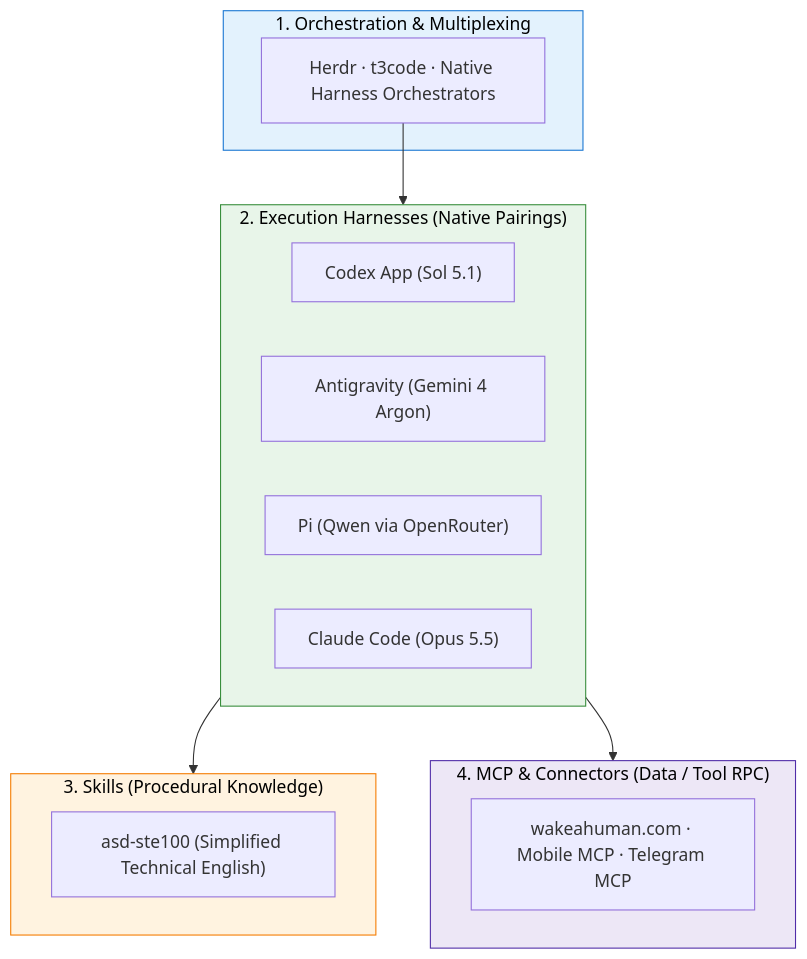
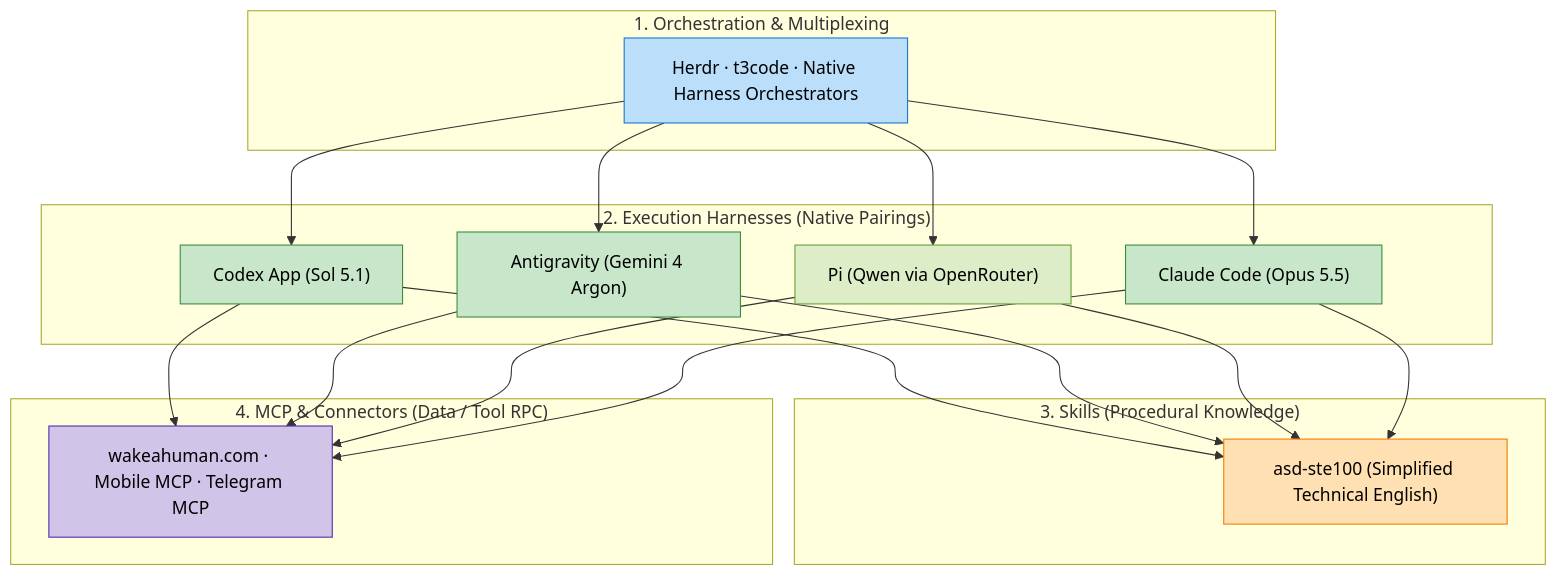
The first of 2 diagrams in content/generative-ai/1-intro/1_genai_environment.md (gel/gel.github.io), drawn with Mermaid before and after one commit. The commit also changed other lines of this file and 1 other file, not shown here.

Commit message:
fix(genai): make Mermaid diagrams dark-mode friendly by removing subgraph fills

````diff
--- a/content/generative-ai/1-intro/1_genai_environment.md
+++ b/content/generative-ai/1-intro/1_genai_environment.md
@@ -11,30 +11,33 @@
 ```mermaid
 flowchart TD
     subgraph Layer1["1. Orchestration & Multiplexing"]
         Orch["Herdr · t3code · Native Harness Orchestrators"]
     end
 
     subgraph Layer2["2. Execution Harnesses (Native Pairings)"]
         H_OpenAI["Codex App (Sol 5.1)"]
         H_Google["Antigravity (Gemini 4 Argon)"]
         H_Pi["Pi (Qwen via OpenRouter)"]
         H_Anthropic["Claude Code (Opus 5.5)"]
     end
 
     subgraph Layer3["3. Skills (Procedural Knowledge)"]
         Skills["asd-ste100 (Simplified Technical English)"]
     end
 
     subgraph Layer4["4. MCP & Connectors (Data / Tool RPC)"]
         MCP["wakeahuman.com · Mobile MCP · Telegram MCP"]
     end
 
-    Orch --> Layer2
-    Layer2 --> Layer3
-    Layer2 --> Layer4
+    Orch --> H_OpenAI & H_Google & H_Pi & H_Anthropic
+    H_OpenAI & H_Google & H_Pi & H_Anthropic --> Skills
+    H_OpenAI & H_Google & H_Pi & H_Anthropic --> MCP
 
-    style Layer1 fill:#e3f2fd,stroke:#1976d2,color:#000
-    style Layer2 fill:#e8f5e9,stroke:#388e3c,color:#000
-    style Layer3 fill:#fff3e0,stroke:#f57c00,color:#000
-    style Layer4 fill:#ede7f6,stroke:#512da8,color:#000
+    style Orch fill:#bbdefb,stroke:#1976d2,color:#000
+    style H_OpenAI fill:#c8e6c9,stroke:#388e3c,color:#000
+    style H_Google fill:#c8e6c9,stroke:#388e3c,color:#000
+    style H_Pi fill:#dcedc8,stroke:#689f38,color:#000
+    style H_Anthropic fill:#c8e6c9,stroke:#388e3c,color:#000
+    style Skills fill:#ffe0b2,stroke:#f57c00,color:#000
+    style MCP fill:#d1c4e9,stroke:#512da8,color:#000
 ```
````
